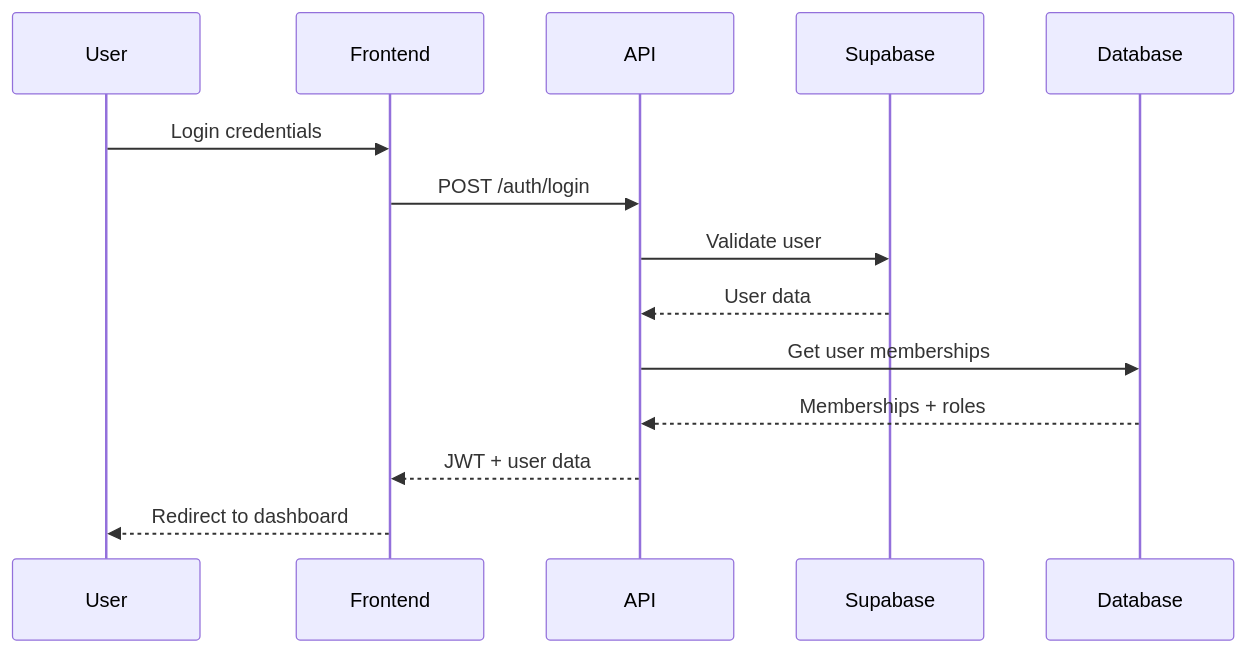
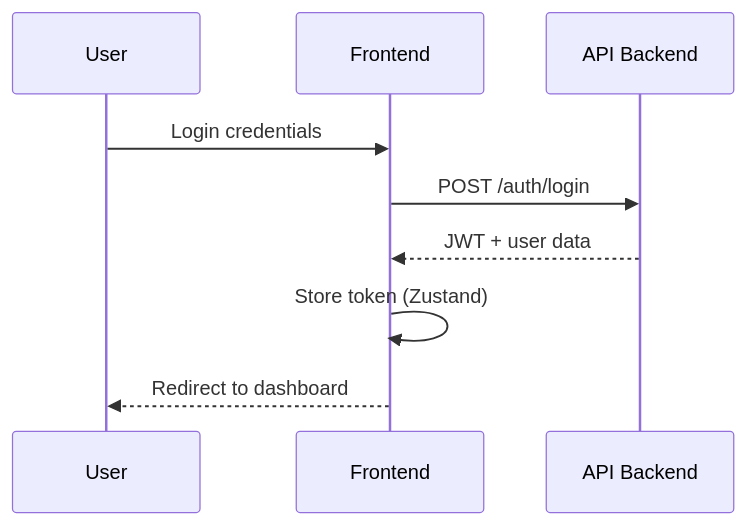
Before and after one commit to ai-lurus/celhm-app-main: the first of 2 diagrams in docs/ARCHITECTURE.md, drawn with Mermaid. The commit also changed other lines of this file and 163 other files, not shown here.

````diff
--- a/docs/ARCHITECTURE.md
+++ b/docs/ARCHITECTURE.md
@@ -67,17 +60,12 @@
 ```mermaid
 sequenceDiagram
     participant U as User
     participant F as Frontend
-    participant A as API
-    participant S as Supabase
-    participant D as Database
+    participant A as API Backend
 
     U->>F: Login credentials
     F->>A: POST /auth/login
-    A->>S: Validate user
-    S-->>A: User data
-    A->>D: Get user memberships
-    D-->>A: Memberships + roles
     A-->>F: JWT + user data
+    F->>F: Store token (Zustand)
     F-->>U: Redirect to dashboard
 ```
````
